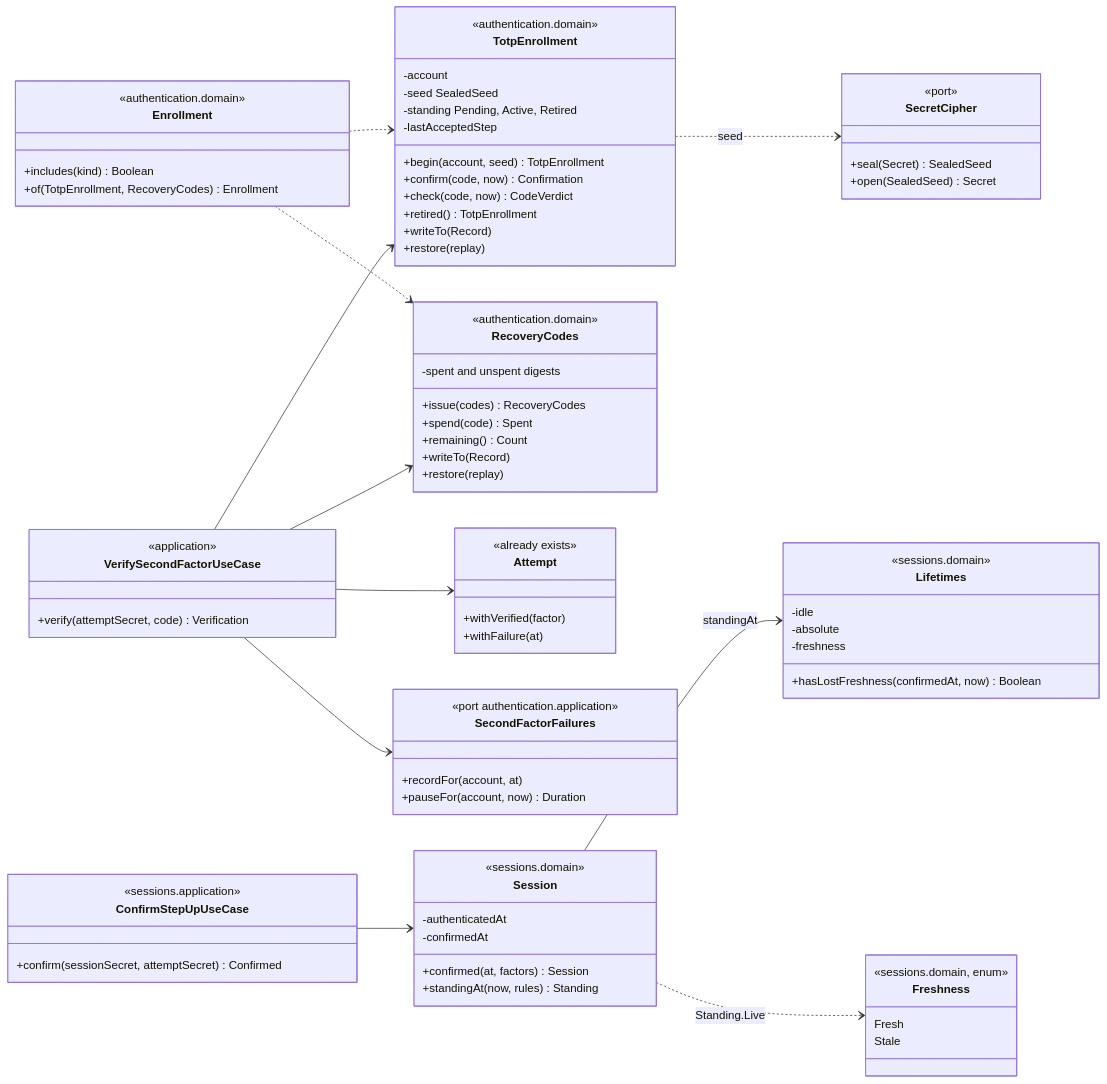
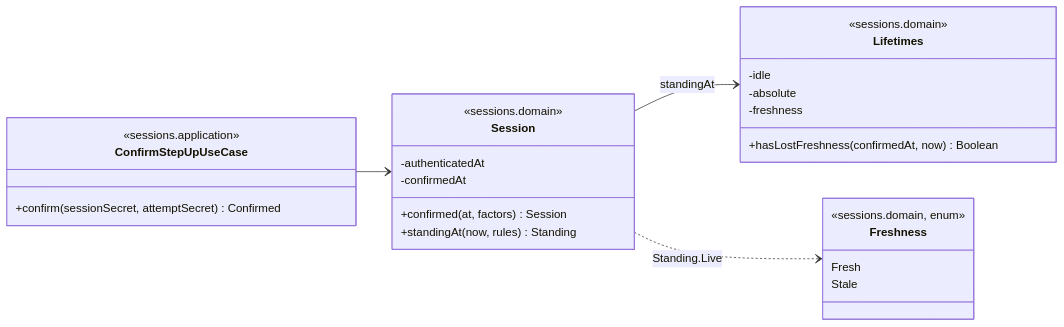
The third of 3 diagrams in docs/backend/02-authentication-slice-5.md (yuriisurzhykov/Tallyvane), drawn with Mermaid before and after one commit. The commit also changed other lines of this file and 3 other files, not shown here.

First line of the commit message:
Record the TOTP decision as ADR-093 and bring the slice 5 documents in line with the code (slice 5b)

````diff
--- a/docs/backend/02-authentication-slice-5.md
+++ b/docs/backend/02-authentication-slice-5.md
@@ -180,52 +134,6 @@
 ```mermaid
 classDiagram
     direction LR
-    class TotpEnrollment {
-        <<authentication.domain>>
-        -account
-        -seed SealedSeed
-        -standing Pending, Active, Retired
-        -lastAcceptedStep
-        +begin(account, seed) TotpEnrollment
-        +confirm(code, now) Confirmation
-        +check(code, now) CodeVerdict
-        +retired() TotpEnrollment
-        +writeTo(Record)
-        +restore(replay)
-    }
-    class RecoveryCodes {
-        <<authentication.domain>>
-        -spent and unspent digests
-        +issue(codes) RecoveryCodes
-        +spend(code) Spent
-        +remaining() Count
-        +writeTo(Record)
-        +restore(replay)
-    }
-    class Enrollment {
-        <<authentication.domain>>
-        +includes(kind) Boolean
-        +of(TotpEnrollment, RecoveryCodes) Enrollment
-    }
-    class Attempt {
-        <<already exists>>
-        +withVerified(factor)
-        +withFailure(at)
-    }
-    class SecondFactorFailures {
-        <<port authentication.application>>
-        +recordFor(account, at)
-        +pauseFor(account, now) Duration
-    }
-    class SecretCipher {
-        <<port>>
-        +seal(Secret) SealedSeed
-        +open(SealedSeed) Secret
-    }
-    class VerifySecondFactorUseCase {
-        <<application>>
-        +verify(attemptSecret, code) Verification
-    }
     class Session {
         <<sessions.domain>>
         -authenticatedAt
@@ -249,13 +157,6 @@
         Fresh
         Stale
     }
-    VerifySecondFactorUseCase --> Attempt
-    VerifySecondFactorUseCase --> TotpEnrollment
-    VerifySecondFactorUseCase --> RecoveryCodes
-    VerifySecondFactorUseCase --> SecondFactorFailures
-    TotpEnrollment ..> SecretCipher : seed
-    Enrollment ..> TotpEnrollment
-    Enrollment ..> RecoveryCodes
     ConfirmStepUpUseCase --> Session
     Session --> Lifetimes : standingAt
     Session ..> Freshness : Standing.Live
````
